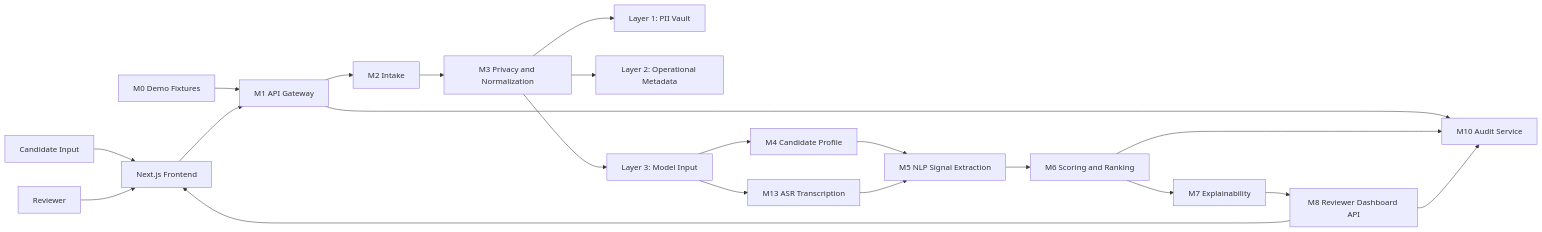
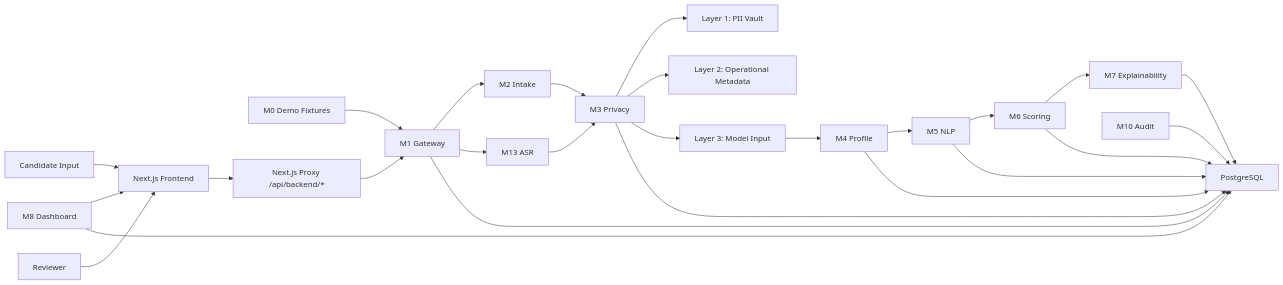
The first of 3 diagrams in docs/eng/ARCHITECTURE.md (alenisaw/invision_u_Vi-Ka), drawn with Mermaid before and after one commit. The commit also changed other lines of this file and 68 other files, not shown here.

````diff
--- a/docs/eng/ARCHITECTURE.md
+++ b/docs/eng/ARCHITECTURE.md
@@ -36,41 +45,48 @@
 ```mermaid
 flowchart LR
     Candidate["Candidate Input"]
-    M0["M0 Demo Fixtures"]
+    Demo["M0 Demo Fixtures"]
     Frontend["Next.js Frontend"]
-    M1["M1 API Gateway"]
-    M2["M2 Intake"]
-    M3["M3 Privacy and Normalization"]
+    Proxy["Next.js Proxy /api/backend/*"]
+    Gateway["M1 Gateway"]
+    Intake["M2 Intake"]
+    Privacy["M3 Privacy"]
     L1["Layer 1: PII Vault"]
     L2["Layer 2: Operational Metadata"]
     L3["Layer 3: Model Input"]
-    M4["M4 Candidate Profile"]
-    M5["M5 NLP Signal Extraction"]
-    M13["M13 ASR Transcription"]
-    M6["M6 Scoring and Ranking"]
-    M7["M7 Explainability"]
-    M8["M8 Reviewer Dashboard API"]
-    M10["M10 Audit Service"]
+    Profile["M4 Profile"]
+    NLP["M5 NLP"]
+    ASR["M13 ASR"]
+    Score["M6 Scoring"]
+    Explain["M7 Explainability"]
+    Dashboard["M8 Dashboard"]
+    Audit["M10 Audit"]
+    DB["PostgreSQL"]
     Reviewer["Reviewer"]
 
     Candidate --> Frontend
-    M0 --> M1
-    Frontend --> M1
-    M1 --> M2
-    M2 --> M3
-    M3 --> L1
-    M3 --> L2
-    M3 --> L3
-    L3 --> M4
-    M4 --> M5
-    L3 --> M13
-    M13 --> M5
-    M5 --> M6
-    M6 --> M7
-    M7 --> M8
-    M8 --> Frontend
+    Demo --> Gateway
+    Frontend --> Proxy
+    Proxy --> Gateway
+    Gateway --> Intake
+    Intake --> Privacy
+    Privacy --> L1
+    Privacy --> L2
+    Privacy --> L3
+    L3 --> Profile
+    Gateway --> ASR
+    Profile --> NLP
+    ASR --> Privacy
+    NLP --> Score
+    Score --> Explain
+    Dashboard --> Frontend
     Reviewer --> Frontend
-    M1 --> M10
-    M6 --> M10
-    M8 --> M10
+    Gateway --> DB
+    Privacy --> DB
+    Profile --> DB
+    NLP --> DB
+    Score --> DB
+    Explain --> DB
+    Dashboard --> DB
+    Audit --> DB
 ```
````
